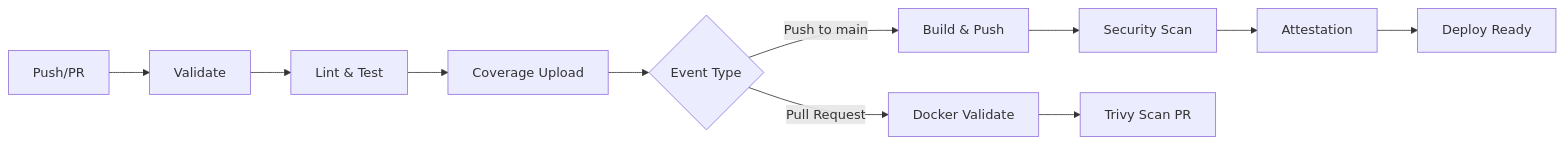
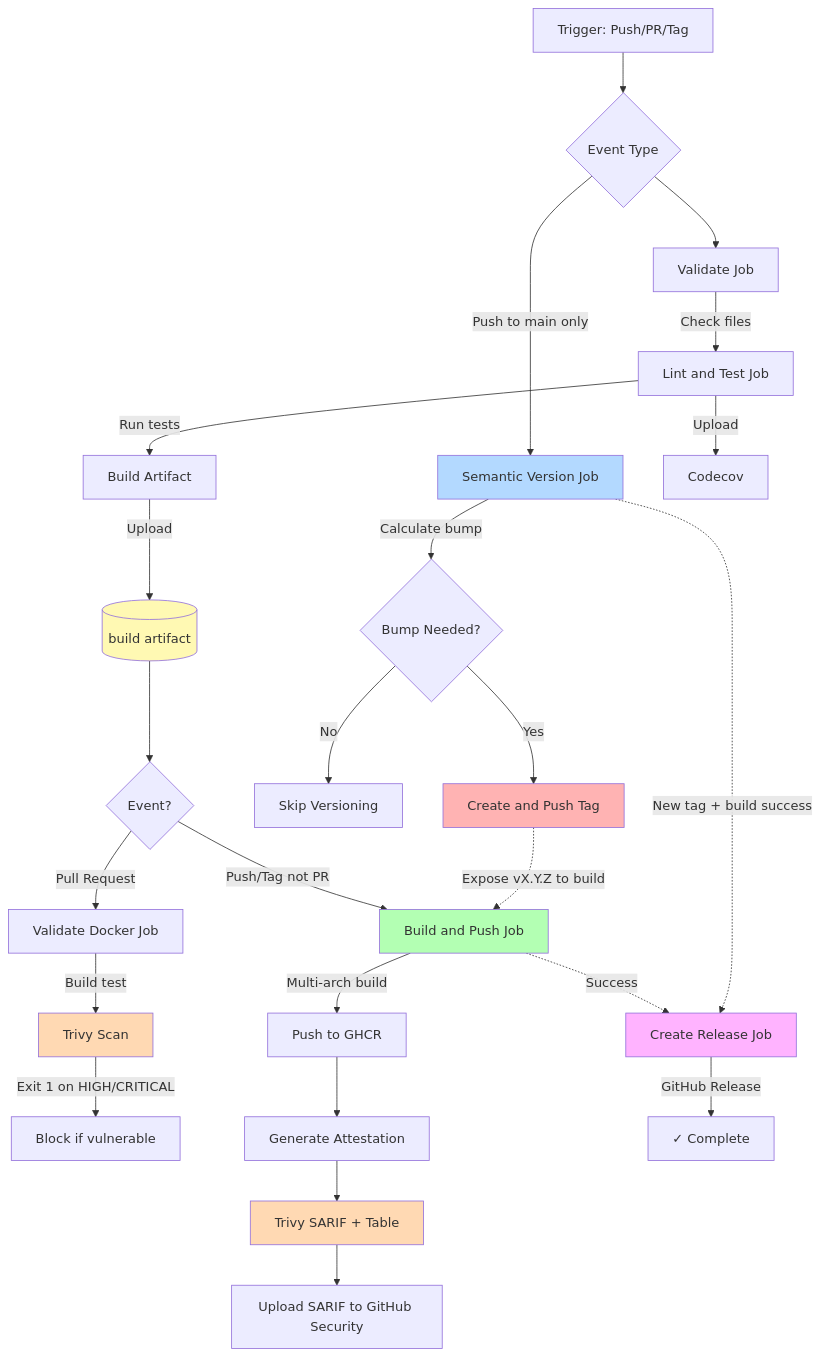
Before and after one commit to techquestsdev/blog: the second of 2 diagrams in README.md, drawn with Mermaid. The commit also changed other lines of this file and 1 other file, not shown here.

Commit message:
feat!: add semantic versioning tag creation

````diff
--- a/README.md
+++ b/README.md
@@ -249,13 +249,40 @@
 ```mermaid
-graph LR
-    A[Push/PR] --> B[Validate]
-    B --> C[Lint & Test]
-    C --> D[Coverage Upload]
-    D --> E{Event Type}
-    E -->|Push to main| F[Build & Push]
-    E -->|Pull Request| G[Docker Validate]
-    F --> H[Security Scan]
-    H --> I[Attestation]
-    I --> J[Deploy Ready]
-    G --> K[Trivy Scan PR]
+graph TB
+    START[Trigger: Push/PR/Tag] --> SPLIT{Event Type}
+
+    SPLIT -->|Push to main only| SV[Semantic Version Job]
+    SV -->|Calculate bump| DECIDE{Bump Needed?}
+    DECIDE -->|Yes| NEWTAG[Create and Push Tag]
+    DECIDE -->|No| SKIP[Skip Versioning]
+    NEWTAG -.->|Expose vX.Y.Z to build| DOCKERPUSH
+
+    SPLIT --> VAL[Validate Job]
+    VAL -->|Check files| LINT[Lint and Test Job]
+    LINT -->|Run tests| BUILD[Build Artifact]
+    BUILD -->|Upload| ARTIFACT[(build artifact)]
+    LINT -->|Upload| COV[Codecov]
+
+    ARTIFACT --> CHECK{Event?}
+
+    CHECK -->|Pull Request| DOCKERVAL[Validate Docker Job]
+    DOCKERVAL -->|Build test| TRIVY1[Trivy Scan]
+    TRIVY1 -->|Exit 1 on HIGH/CRITICAL| PRBLOCK[Block if vulnerable]
+
+    CHECK -->|Push/Tag not PR| DOCKERPUSH[Build and Push Job]
+    DOCKERPUSH -->|Multi-arch build| PUSH[Push to GHCR]
+    PUSH --> ATTEST[Generate Attestation]
+    ATTEST --> TRIVY2[Trivy SARIF + Table]
+    TRIVY2 --> UPLOAD[Upload SARIF to GitHub Security]
+
+    SV -.->|New tag + build success| RELEASE[Create Release Job]
+    DOCKERPUSH -.->|Success| RELEASE
+    RELEASE -->|GitHub Release| DONE[✓ Complete]
+
+    style SV fill:#b3d9ff
+    style NEWTAG fill:#ffb3b3
+    style DOCKERPUSH fill:#b3ffb3
+    style RELEASE fill:#ffb3ff
+    style ARTIFACT fill:#fff9b3
+    style TRIVY1 fill:#ffd9b3
+    style TRIVY2 fill:#ffd9b3
 ```
````
